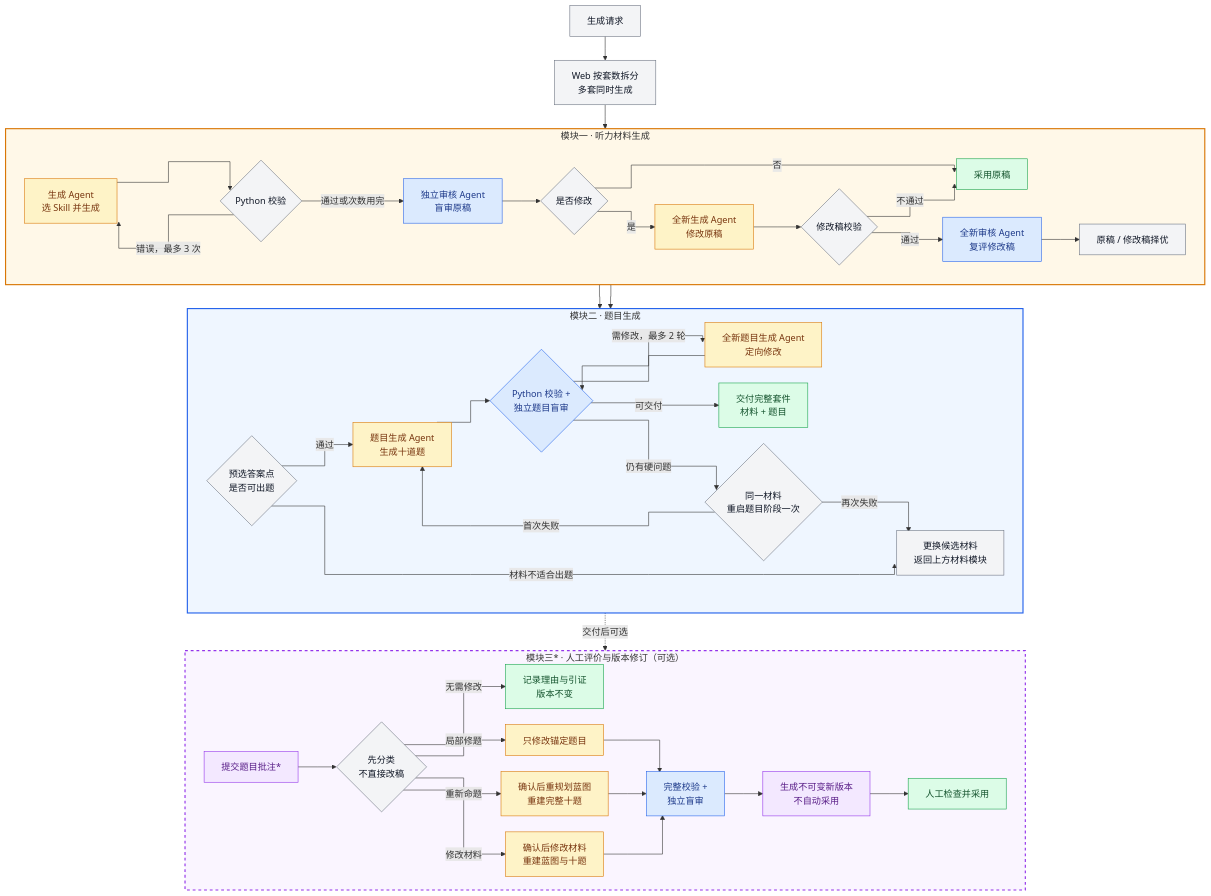
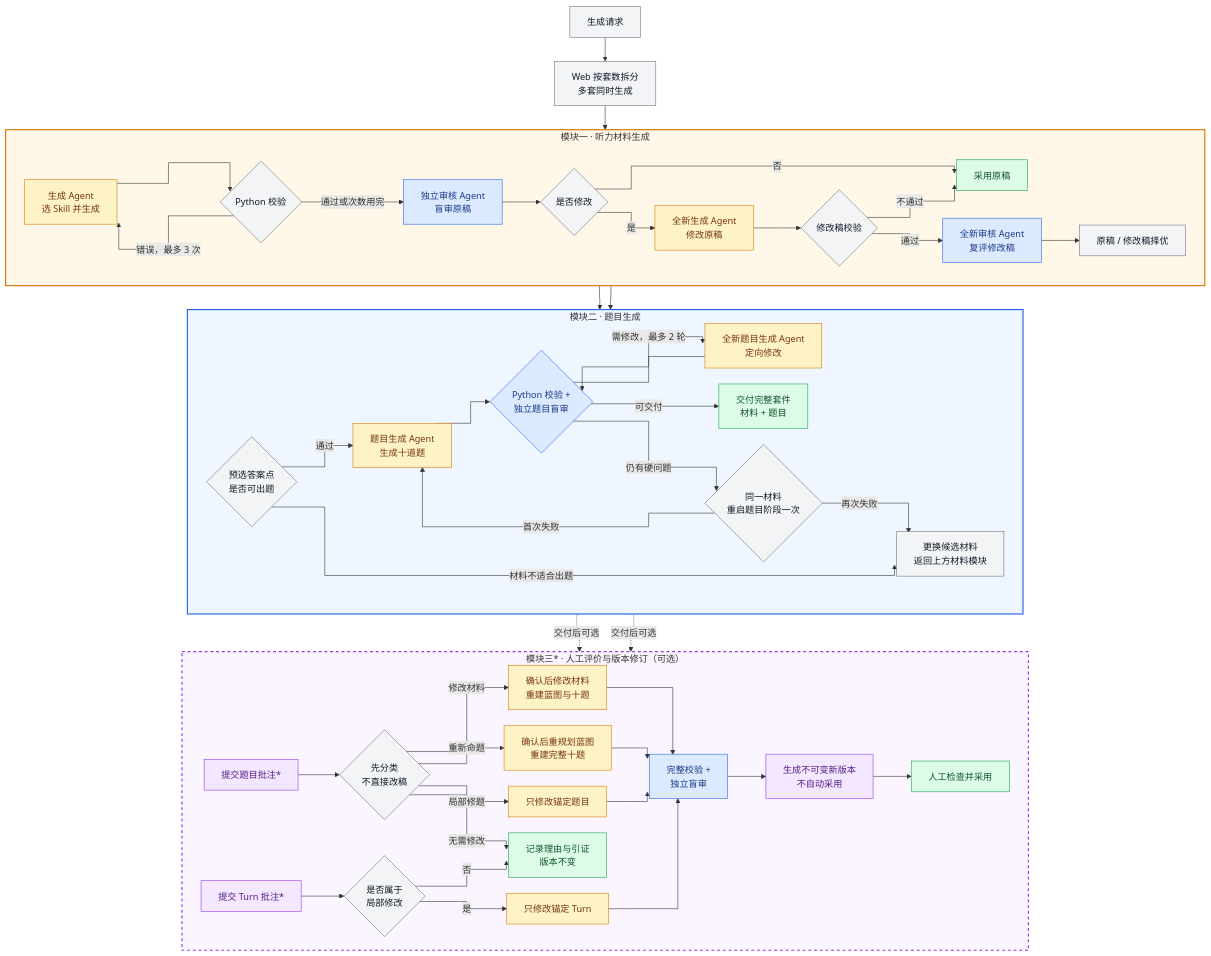
One commit to wanglingxiao123/ielts-part1-generator changed the second of 2 diagrams in README.md. Above: the diagram before and after it, drawn with Mermaid. The commit also changed other lines of this file and 1 other file, not shown here.

````diff
--- a/README.md
+++ b/README.md
@@ -265,68 +266,73 @@
 ```mermaid
 %%{init: {"flowchart": {"curve": "stepAfter", "nodeSpacing": 28, "rankSpacing": 42}}}%%
 flowchart TB
     Q["生成请求"] --> F["Web 按套数拆分<br/>多套同时生成"]
 
     subgraph MATERIAL["模块一 · 听力材料生成"]
         direction LR
         G["生成 Agent<br/>选 Skill 并生成"]
         G --> V{"Python 校验"}
         V -- "错误，最多 3 次" --> G
         V -- "通过或次数用完" --> A["独立审核 Agent<br/>盲审原稿"]
         A --> X{"是否修改"}
         X -- "否" --> O["采用原稿"]
         X -- "是" --> R["全新生成 Agent<br/>修改原稿"]
         R --> C{"修改稿校验"}
         C -- "不通过" --> O
         C -- "通过" --> E["全新审核 Agent<br/>复评修改稿"]
         E --> B["原稿 / 修改稿择优"]
     end
 
     F --> G
     O --> P
     B --> P
 
     subgraph QUESTIONS["模块二 · 题目生成"]
         direction LR
         P{"预选答案点<br/>是否可出题"}
         P -- "通过" --> T["题目生成 Agent<br/>生成十道题"]
         T --> H{"Python 校验 +<br/>独立题目盲审"}
         H -- "需修改，最多 2 轮" --> J["全新题目生成 Agent<br/>定向修改"]
         J --> H
         H -- "可交付" --> D["交付完整套件<br/>材料 + 题目"]
         H -- "仍有硬问题" --> K{"同一材料<br/>重启题目阶段一次"}
         K -- "首次失败" --> T
         K -- "再次失败" --> W["更换候选材料<br/>返回上方材料模块"]
         P -- "材料不适合出题" --> W
     end
 
     D -. "交付后可选" .-> CM
+    D -. "交付后可选" .-> TM
 
     subgraph REVISION["模块三* · 人工评价与版本修订（可选）"]
         direction LR
         CM["提交题目批注*"] --> CL{"先分类<br/>不直接改稿"}
+        TM["提交 Turn 批注*"] --> TL{"是否属于<br/>局部修改"}
         CL -- "无需修改" --> NC["记录理由与引证<br/>版本不变"]
         CL -- "局部修题" --> QR["只修改锚定题目"]
         CL -- "重新命题" --> RP["确认后重规划蓝图<br/>重建完整十题"]
         CL -- "修改材料" --> MR["确认后修改材料<br/>重建蓝图与十题"]
+        TL -- "是" --> LR["只修改锚定 Turn"]
+        TL -- "否" --> NC
         QR --> QA["完整校验 +<br/>独立盲审"]
         RP --> QA
         MR --> QA
+        LR --> QA
         QA --> NV["生成不可变新版本<br/>不自动采用"]
         NV --> AD["人工检查并采用"]
     end
 
     classDef ai fill:#fef3c7,stroke:#d97706,color:#78350f;
     classDef audit fill:#dbeafe,stroke:#2563eb,color:#1e3a8a;
     classDef code fill:#f3f4f6,stroke:#6b7280,color:#111827;
     classDef done fill:#dcfce7,stroke:#16a34a,color:#14532d;
     classDef optional fill:#f3e8ff,stroke:#9333ea,color:#581c87;
-    class G,R,T,J,QR,RP,MR ai;
+    class G,R,T,J,QR,RP,MR,LR ai;
     class A,E,H,QA audit;
-    class Q,F,V,X,C,B,P,K,W,CL code;
-    class CM,NV optional;
+    class Q,F,V,X,C,B,P,K,W,CL,TL code;
+    class CM,TM,NV optional;
     class O,D,NC,AD done;
     style MATERIAL fill:#fff8e8,stroke:#d97706,stroke-width:2px;
     style QUESTIONS fill:#eff6ff,stroke:#2563eb,stroke-width:2px;
     style REVISION fill:#faf5ff,stroke:#9333ea,stroke-width:2px,stroke-dasharray:5 5;
 ```
````
